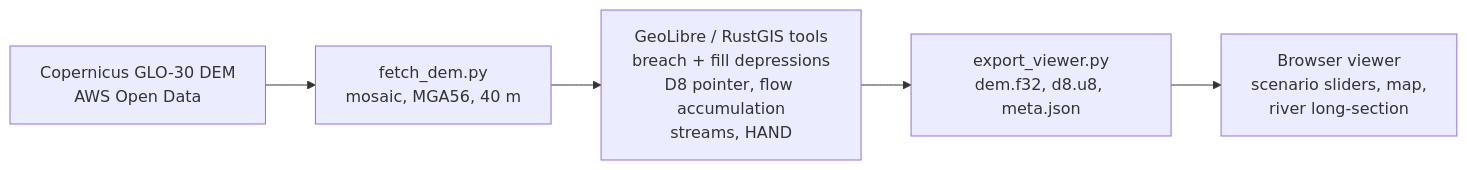
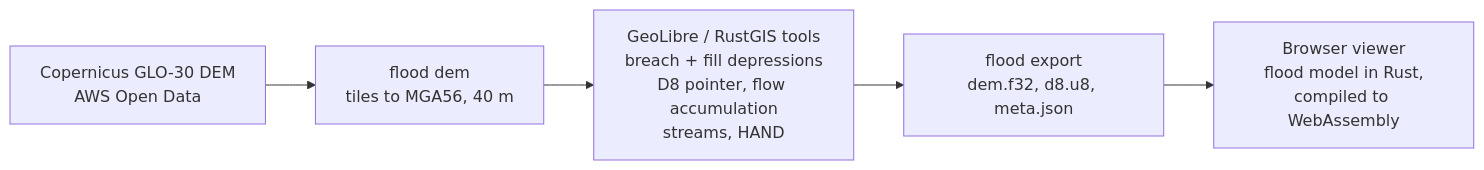
The diagram in README.md (ghedwards/brisbane-flood-explorer), drawn with Mermaid before and after one commit. The commit also changed other lines of this file and 3 other files, not shown here.

First line of the commit message:
Build: run the data pipeline with the Rust `flood` command

````diff
--- a/README.md
+++ b/README.md
@@ -58,7 +58,7 @@
 ```mermaid
 flowchart LR
-  A[Copernicus GLO-30 DEM<br/>AWS Open Data] --> B[fetch_dem.py<br/>mosaic, MGA56, 40 m]
+  A[Copernicus GLO-30 DEM<br/>AWS Open Data] --> B[flood dem<br/>tiles to MGA56, 40 m]
   B --> C[GeoLibre / RustGIS tools<br/>breach + fill depressions<br/>D8 pointer, flow accumulation<br/>streams, HAND]
-  C --> D[export_viewer.py<br/>dem.f32, d8.u8, meta.json]
-  D --> E[Browser viewer<br/>scenario sliders, map,<br/>river long-section]
+  C --> D[flood export<br/>dem.f32, d8.u8, meta.json]
+  D --> E[Browser viewer<br/>flood model in Rust,<br/>compiled to WebAssembly]
 ```
````
